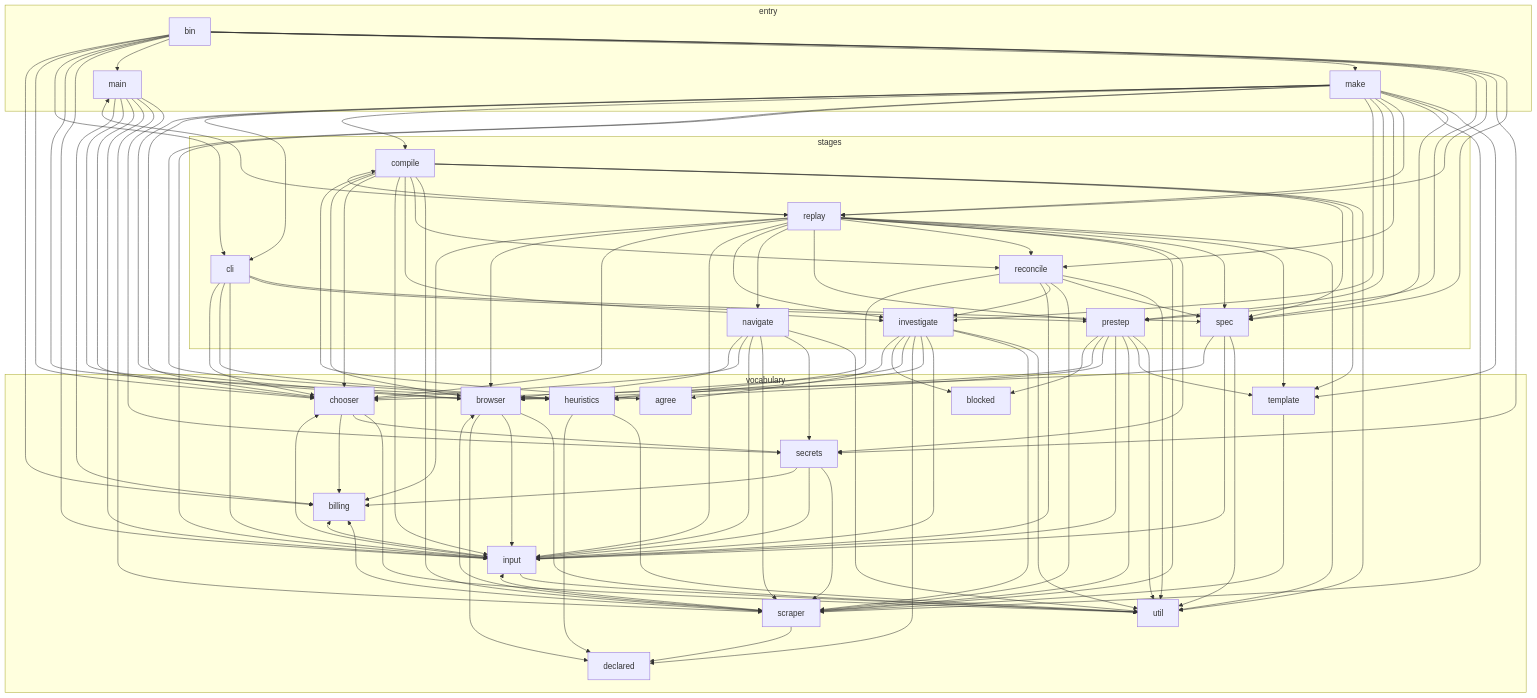
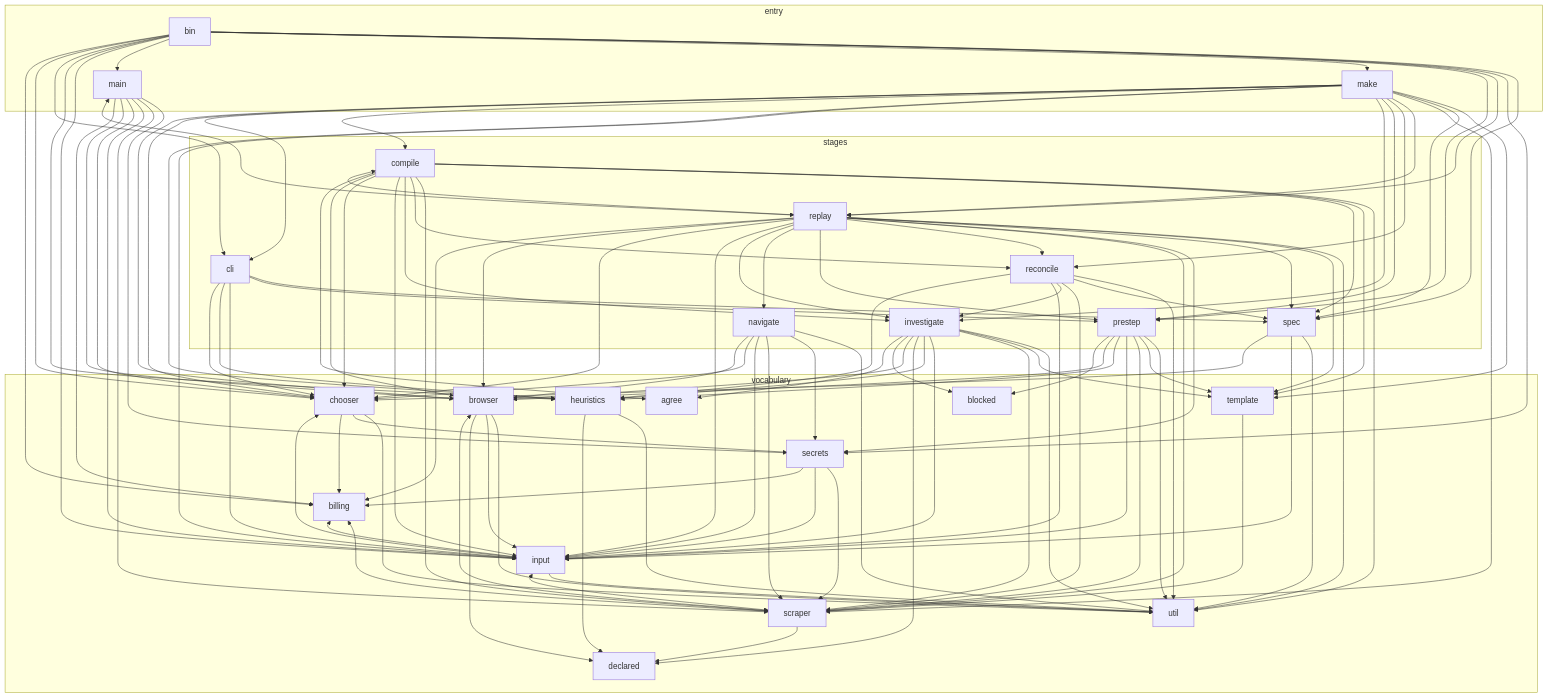
Before and after one commit to fellowship-dev/navvi: the diagram in docs/architecture.md, drawn with Mermaid. The commit also changed 4 other files, not shown here.

```diff
--- a/docs/architecture.md
+++ b/docs/architecture.md
@@ -98,6 +98,7 @@
   investigate --> heuristics
   investigate --> input
   investigate --> scraper
+  investigate --> template
   investigate --> util
   main --> billing
   main --> browser
```
